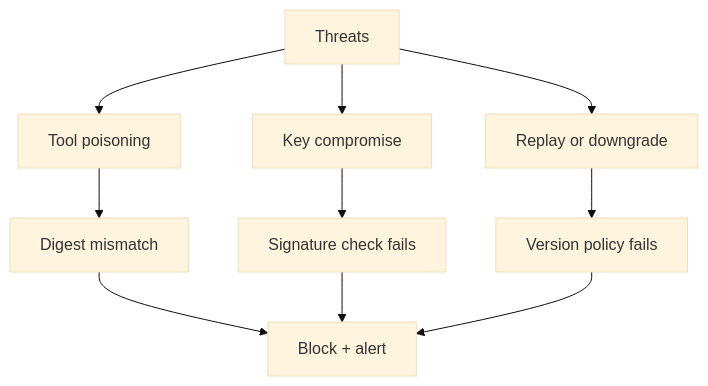
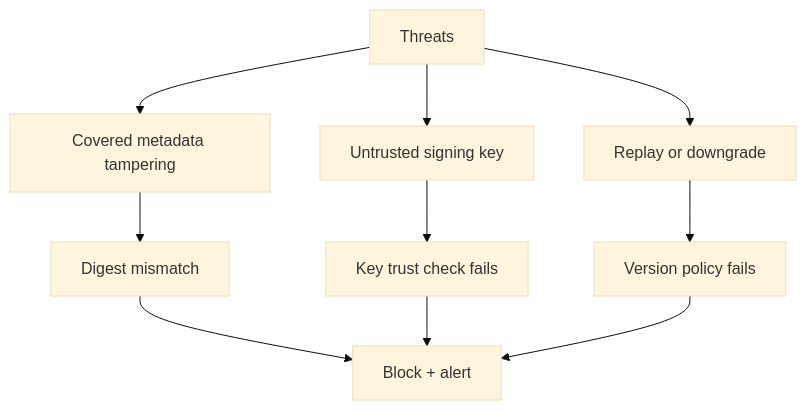
The third of 3 diagrams in ARCHITECTURE.md (jlov7/tbom-rfc), drawn with Mermaid (base theme) before and after one commit. The commit also changed other lines of this file and 8 other files, not shown here.

````diff
--- a/ARCHITECTURE.md
+++ b/ARCHITECTURE.md
@@ -52,12 +52,12 @@
 ```mermaid
 flowchart TB
-  T[Threats] --> P[Tool poisoning]
-  T --> K[Key compromise]
+  T[Threats] --> P[Covered metadata tampering]
+  T --> K[Untrusted signing key]
   T --> R[Replay or downgrade]
   P --> D[Digest mismatch]
-  K --> S[Signature check fails]
+  K --> S[Key trust check fails]
   R --> V[Version policy fails]
   D --> X[Block + alert]
   S --> X
   V --> X
 ```
````
